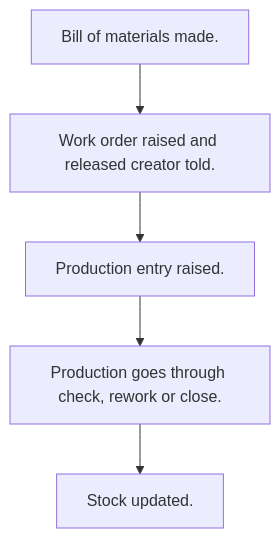
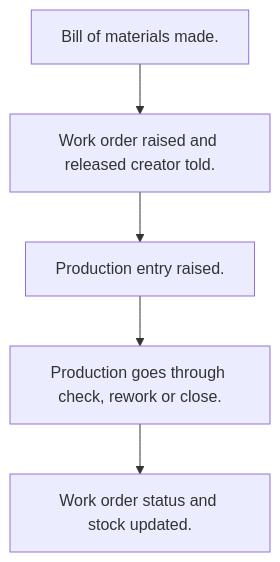
The diagram in neome-studio/reference/template-bank/template-modules/TMOD-manufacturing.md (AadityaParmar/studio-agent), drawn with Mermaid before and after one commit. The commit also changed other lines of this file and 94 other files, not shown here.

````diff
--- a/neome-studio/reference/template-bank/template-modules/TMOD-manufacturing.md
+++ b/neome-studio/reference/template-bank/template-modules/TMOD-manufacturing.md
@@ -46,12 +49,12 @@
 ```mermaid
 flowchart TD
   A["Bill of materials made."]
   B["Work order raised and released creator told."]
   C["Production entry raised."]
   D["Production goes through check, rework or close."]
-  E["Stock updated."]
+  E["Work order status and stock updated."]
   A --> B
   B --> C
   C --> D
   D --> E
 ```
````
